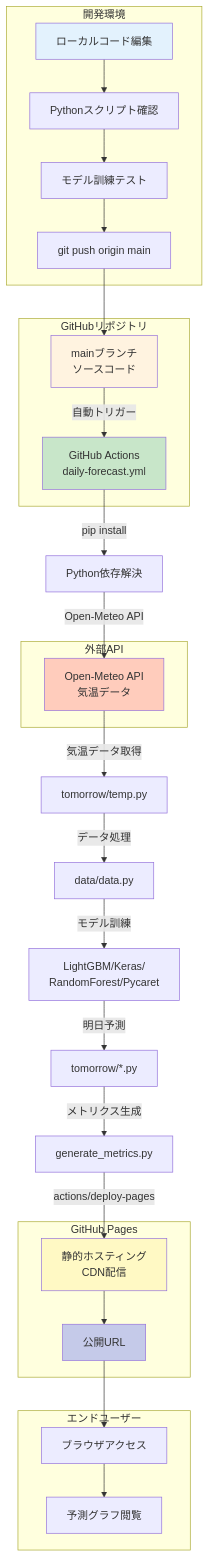
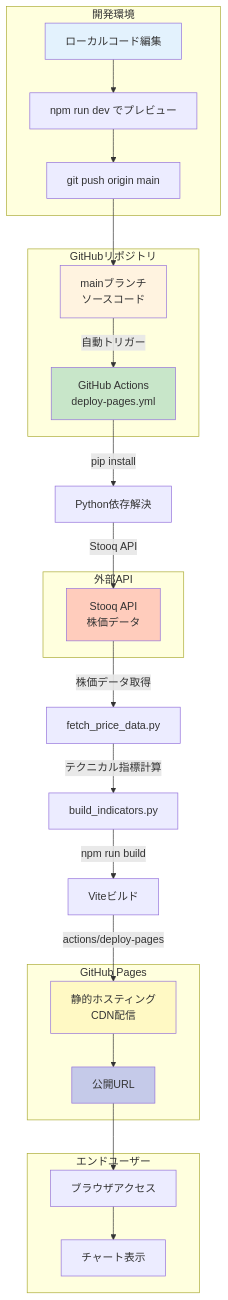
The diagram in docs/DEPLOY_GUIDE.md (J1921604/MarketVision), drawn with Mermaid before and after one commit. The commit also changed other lines of this file and 5 other files, not shown here.

````diff
--- a/docs/DEPLOY_GUIDE.md
+++ b/docs/DEPLOY_GUIDE.md
@@ -94,52 +38,48 @@
 ```mermaid
 flowchart TB
     subgraph Developer["開発環境"]
         A[ローカルコード編集]
-        B[Pythonスクリプト確認]
-        C[モデル訓練テスト]
-        D[git push origin main]
+        B[npm run dev でプレビュー]
+        C[git push origin main]
     end
   
     subgraph GitHub["GitHubリポジトリ"]
         E[mainブランチ<br/>ソースコード]
-        F[GitHub Actions<br/>daily-forecast.yml]
+        F[GitHub Actions<br/>deploy-pages.yml]
     end
   
     subgraph Deploy["GitHub Pages"]
         H[静的ホスティング<br/>CDN配信]
         I[公開URL]
     end
   
     subgraph Users["エンドユーザー"]
         J[ブラウザアクセス]
-        K[予測グラフ閲覧]
+        K[チャート表示]
     end
   
     subgraph External["外部API"]
-        L[Open-Meteo API<br/>気温データ]
+        L[Stooq API<br/>株価データ]
     end
   
     A --> B
     B --> C
-    C --> D
-    D --> E
+    C --> E
     E -->|自動トリガー| F
     F -->|pip install| F1[Python依存解決]
-    F1 -->|Open-Meteo API| L
-    L -->|気温データ取得| F2[tomorrow/temp.py]
-    F2 -->|データ処理| F3[data/data.py]
-    F3 -->|モデル訓練| F4[LightGBM/Keras/<br/>RandomForest/Pycaret]
-    F4 -->|明日予測| F5[tomorrow/*.py]
-    F5 -->|メトリクス生成| F6[generate_metrics.py]
-    F6 -->|actions/deploy-pages| H
+    F1 -->|Stooq API| L
+    L -->|株価データ取得| F2[fetch_price_data.py]
+    F2 -->|テクニカル指標計算| F3[build_indicators.py]
+    F3 -->|npm run build| F4[Viteビルド]
+    F4 -->|actions/deploy-pages| H
     H --> I
     I --> J
     J --> K
   
     style A fill:#e3f2fd
     style E fill:#fff3e0
     style F fill:#c8e6c9
     style H fill:#fff9c4
     style I fill:#c5cae9
     style L fill:#ffccbc
 ```
````
